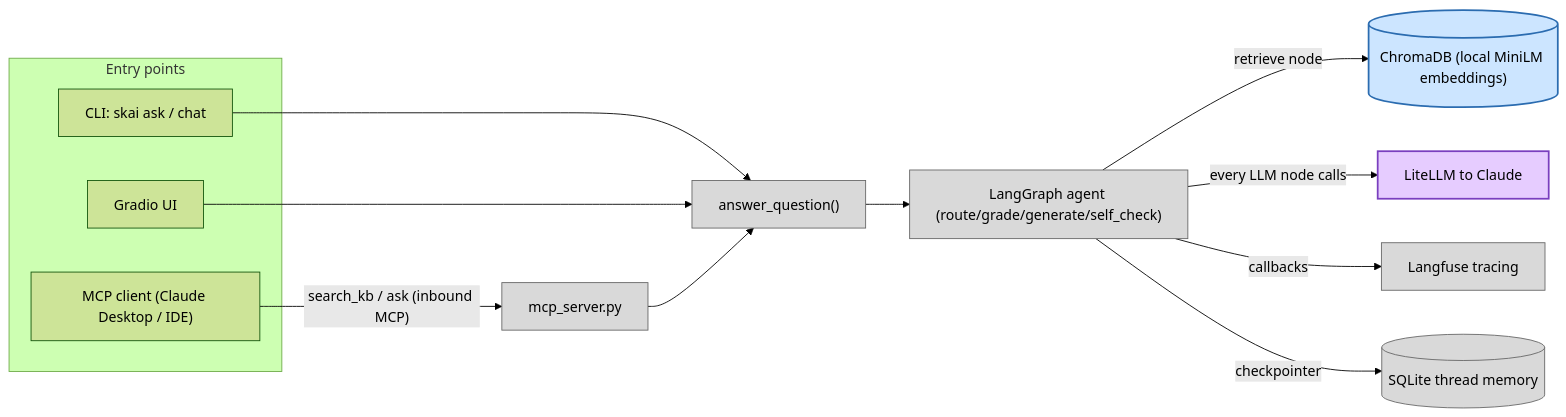
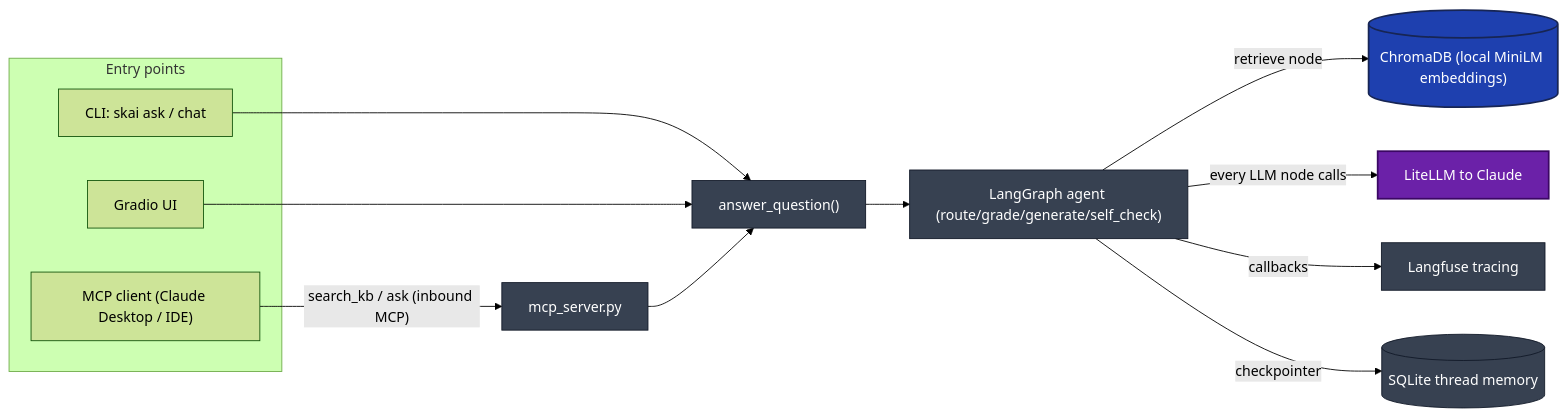
Before and after one commit to hailampy123/solid-knowledge-ai: the second of 3 diagrams in docs/ARCHITECTURE.md, drawn with Mermaid (forest theme). The commit also changed other lines of this file, not shown here.

Commit message:
docs: update mermaid docs

````diff
--- a/docs/ARCHITECTURE.md
+++ b/docs/ARCHITECTURE.md
@@ -56,26 +56,26 @@
 ```mermaid
 flowchart LR
     subgraph clients ["Entry points"]
         cli["CLI: skai ask / chat"]
         ui["Gradio UI"]
         mcpc["MCP client (Claude Desktop / IDE)"]
     end
 
     mcpc -->|"search_kb / ask (inbound MCP)"| mcps["mcp_server.py"]
     cli --> aq["answer_question()"]
     ui --> aq
     mcps --> aq
 
     aq --> agentGraph["LangGraph agent (route/grade/generate/self_check)"]
     agentGraph -->|"retrieve node"| store[("ChromaDB (local MiniLM embeddings)")]
     agentGraph -->|"every LLM node calls"| llm["LiteLLM to Claude"]
     agentGraph -->|"callbacks"| lf["Langfuse tracing"]
     agentGraph -->|"checkpointer"| mem[("SQLite thread memory")]
 
-    classDef llmNode fill:#e6ccff,stroke:#7a3fbf,stroke-width:2px;
-    classDef toolNode fill:#cce5ff,stroke:#2b6cb0,stroke-width:2px;
-    classDef infra fill:#d9d9d9,stroke:#666,stroke-width:1px;
+    classDef llmNode fill:#6b21a8,stroke:#3b0764,stroke-width:2px,color:#ffffff;
+    classDef toolNode fill:#1e40af,stroke:#172554,stroke-width:2px,color:#ffffff;
+    classDef infra fill:#374151,stroke:#111827,stroke-width:1px,color:#ffffff;
     class llm llmNode;
     class store toolNode;
     class mcps,aq,agentGraph,mem,lf infra;
 ```
````
